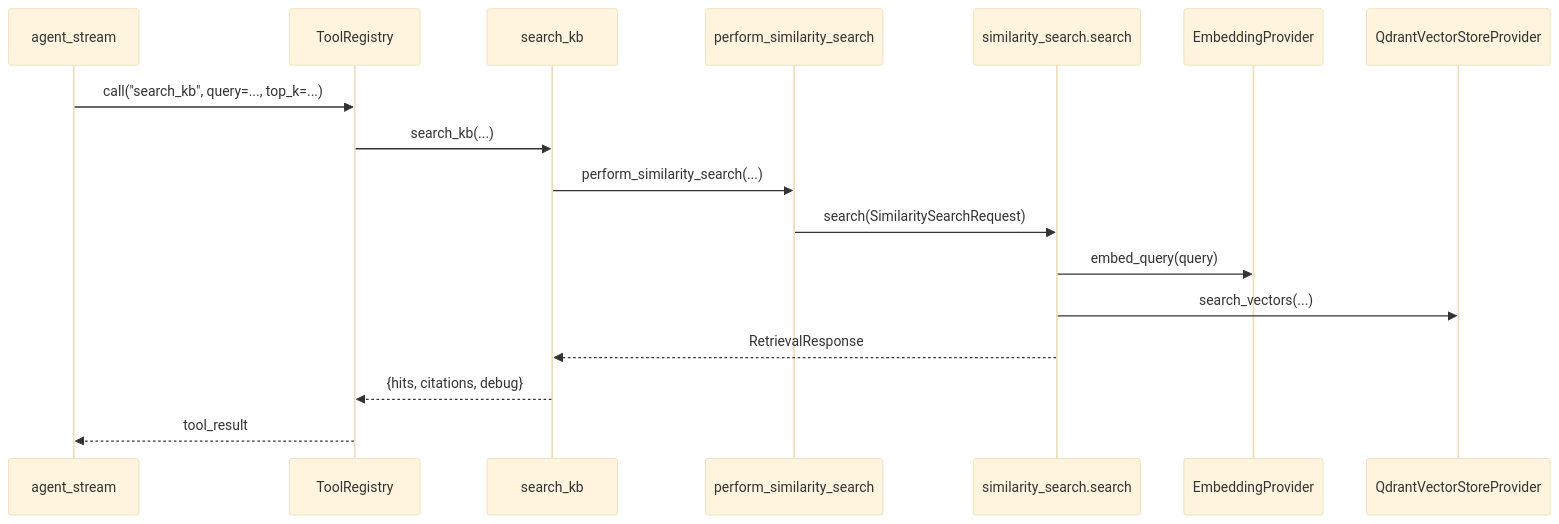
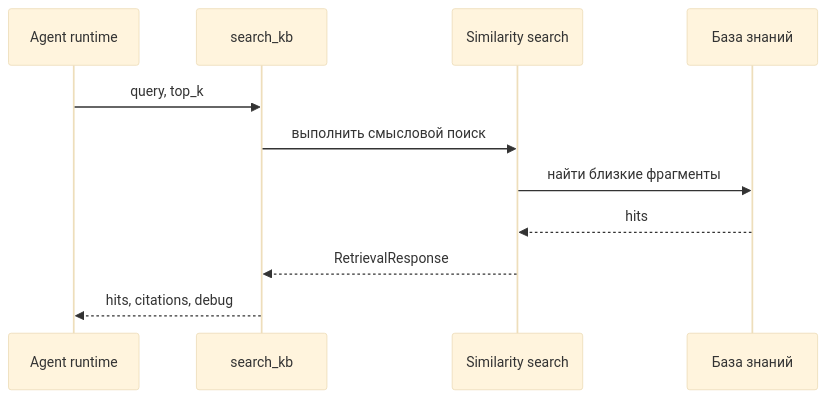
One commit to Boldurev16/ea-agent-platform-docs changed the diagram in docs/generated/06-tools-search_kb.md. Above: the diagram before and after it, drawn with Mermaid (base theme). The commit also changed other lines of this file and 51 other files, not shown here.

````diff
--- a/docs/generated/06-tools-search_kb.md
+++ b/docs/generated/06-tools-search_kb.md
@@ -114,20 +18,14 @@
 ```mermaid
 sequenceDiagram
-    participant AS as agent_stream
-    participant TR as ToolRegistry
-    participant SK as search_kb
-    participant PS as perform_similarity_search
-    participant SS as similarity_search.search
-    participant E as EmbeddingProvider
-    participant V as QdrantVectorStoreProvider
+  participant Agent as Agent runtime
+  participant Tool as search_kb
+  participant Retrieval as Similarity search
+  participant KB as База знаний
 
-    AS->>TR: call("search_kb", query=..., top_k=...)
-    TR->>SK: search_kb(...)
-    SK->>PS: perform_similarity_search(...)
-    PS->>SS: search(SimilaritySearchRequest)
-    SS->>E: embed_query(query)
-    SS->>V: search_vectors(...)
-    SS-->>SK: RetrievalResponse
-    SK-->>TR: {hits, citations, debug}
-    TR-->>AS: tool_result
+  Agent->>Tool: query, top_k
+  Tool->>Retrieval: выполнить смысловой поиск
+  Retrieval->>KB: найти близкие фрагменты
+  KB-->>Retrieval: hits
+  Retrieval-->>Tool: RetrievalResponse
+  Tool-->>Agent: hits, citations, debug
 ```
````
